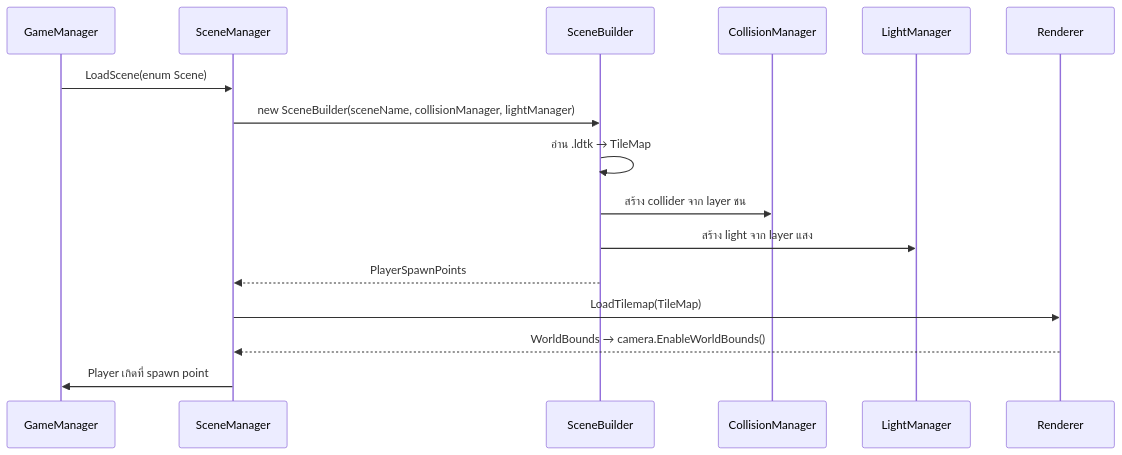
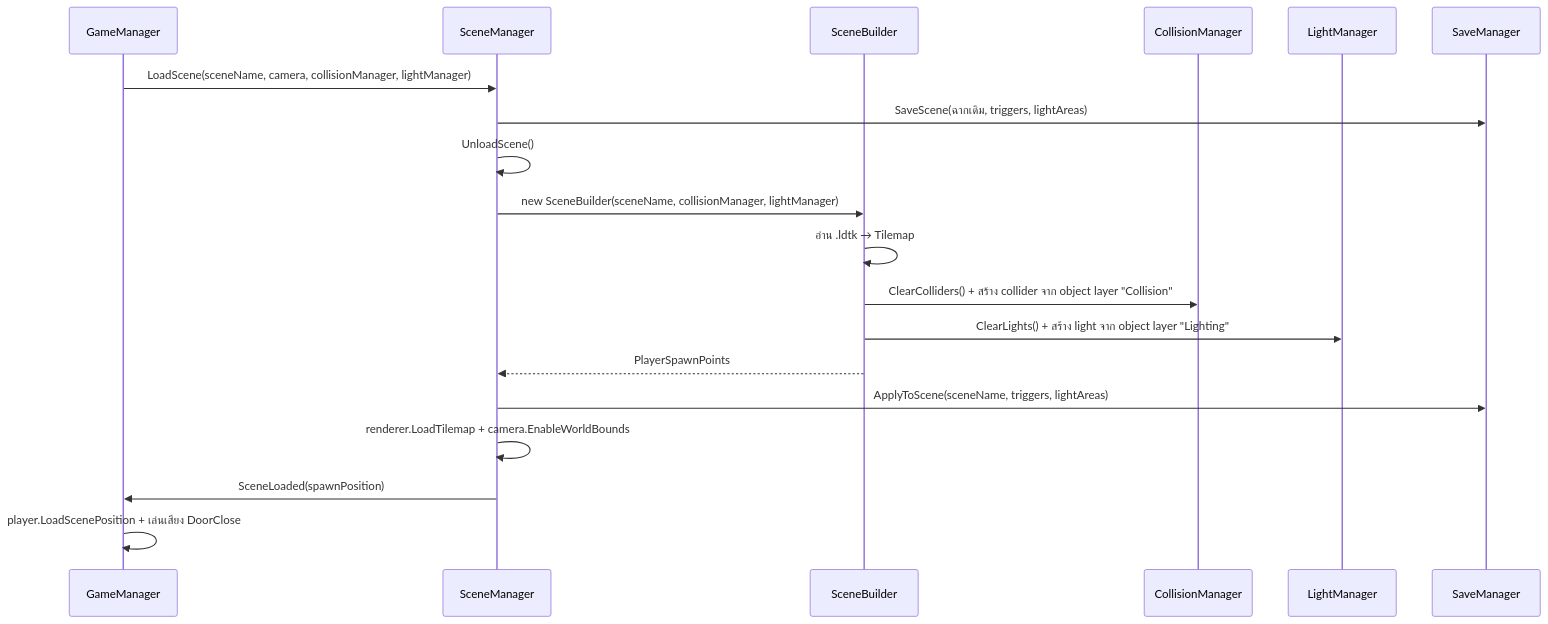
Before and after one commit to Sambopukkazz/DG225_CoreX: the second of 2 diagrams in docs/03_Software/01-system-design.md, drawn with Mermaid. The commit also changed other lines of this file and 26 other files, not shown here.

````diff
--- a/docs/03_Software/01-system-design.md
+++ b/docs/03_Software/01-system-design.md
@@ -59,19 +100,22 @@
 ```mermaid
 sequenceDiagram
     participant GM as GameManager
     participant SM as SceneManager
     participant SB as SceneBuilder
     participant CM as CollisionManager
     participant LM as LightManager
-    participant R as Renderer
+    participant SV as SaveManager
 
-    GM->>SM: LoadScene(enum Scene)
+    GM->>SM: LoadScene(sceneName, camera, collisionManager, lightManager)
+    SM->>SV: SaveScene(ฉากเดิม, triggers, lightAreas)
+    SM->>SM: UnloadScene()
     SM->>SB: new SceneBuilder(sceneName, collisionManager, lightManager)
-    SB->>SB: อ่าน .ldtk → TileMap
-    SB->>CM: สร้าง collider จาก layer ชน
-    SB->>LM: สร้าง light จาก layer แสง
+    SB->>SB: อ่าน .ldtk → Tilemap
+    SB->>CM: ClearColliders() + สร้าง collider จาก object layer "Collision"
+    SB->>LM: ClearLights() + สร้าง light จาก object layer "Lighting"
     SB-->>SM: PlayerSpawnPoints
-    SM->>R: LoadTilemap(TileMap)
-    R-->>SM: WorldBounds → camera.EnableWorldBounds()
-    SM->>GM: Player เกิดที่ spawn point
+    SM->>SV: ApplyToScene(sceneName, triggers, lightAreas)
+    SM->>SM: renderer.LoadTilemap + camera.EnableWorldBounds
+    SM->>GM: SceneLoaded(spawnPosition)
+    GM->>GM: player.LoadScenePosition + เล่นเสียง DoorClose
 ```
````
